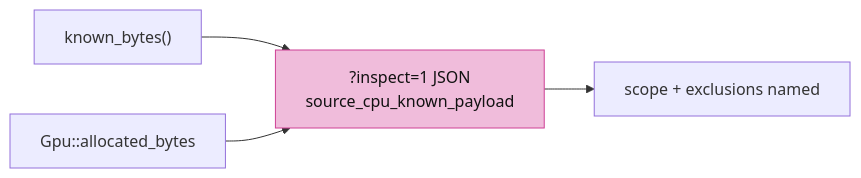
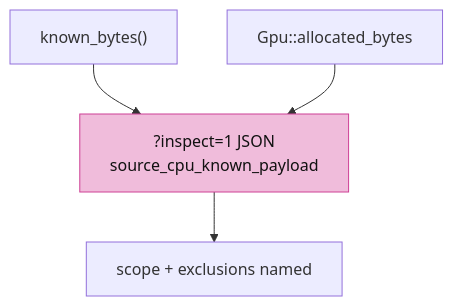
Before and after one commit to petrasvestartas/session: the fifth of 5 diagrams in session_viewer/docs/16-accounting.md, drawn with Mermaid. The commit also changed 34 other files, not shown here.

First line of the commit message:
Course: each lesson teaches its file's final form; diagrams fit the column

````diff
--- a/session_viewer/docs/16-accounting.md
+++ b/session_viewer/docs/16-accounting.md
@@ -78,7 +78,7 @@
 ```mermaid
-flowchart LR
+flowchart TB
     K["known_bytes()"] --> J["?inspect=1 JSON<br/>source_cpu_known_payload"]
     G["Gpu::allocated_bytes"] --> J
     J --> X["scope + exclusions named"]
     style J fill:#f0bcdb,stroke:#ce4095,color:#111
 ```
````
